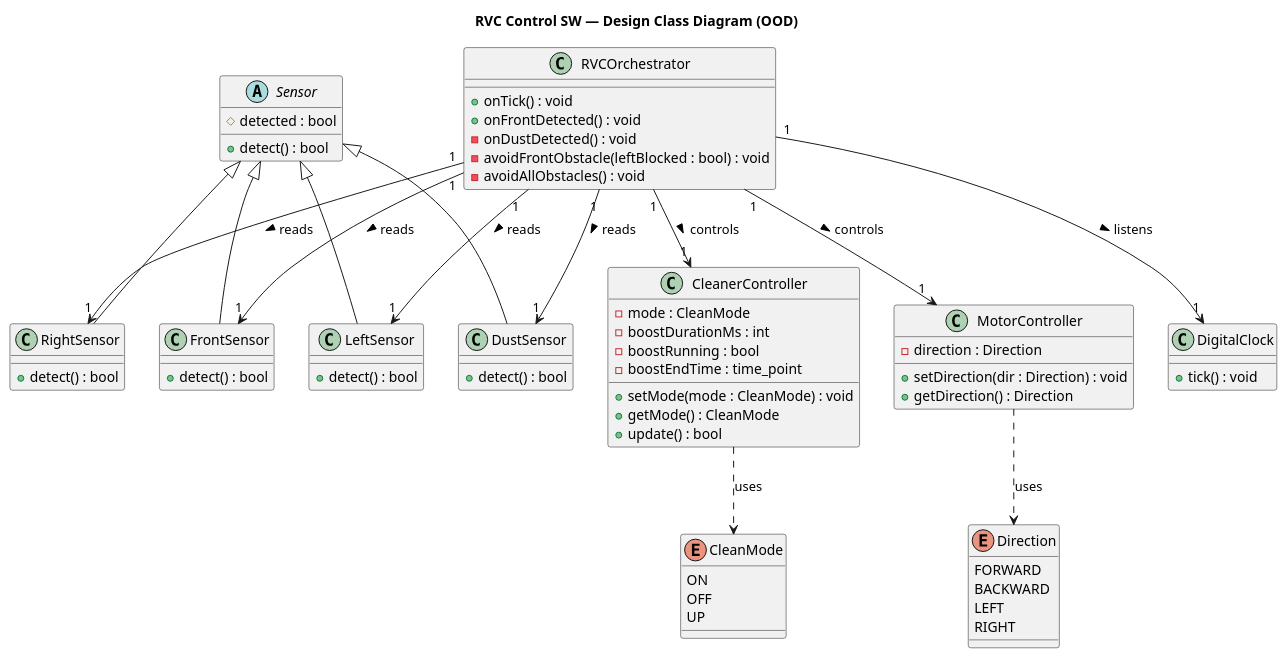
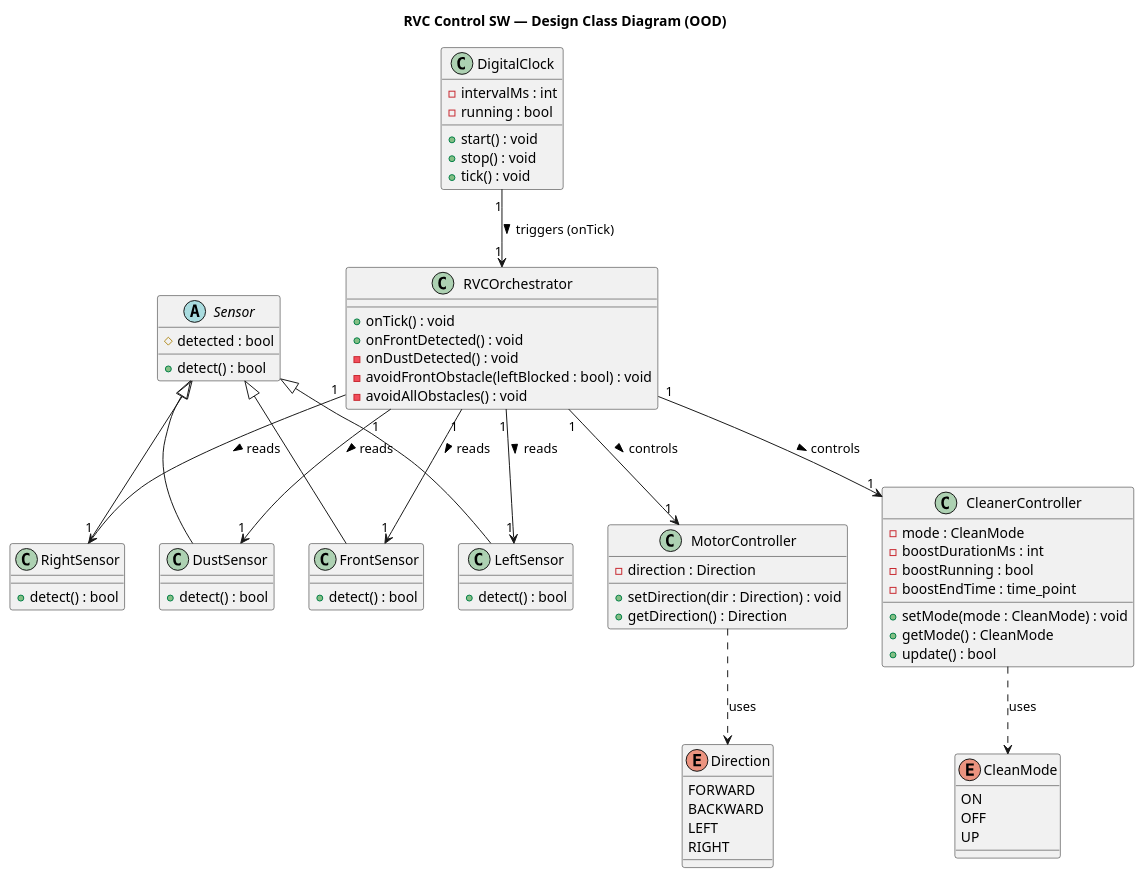
One commit to OOP-konkuk/CICD-Team7 changed the diagram in docs/vibe-coding/03-ood/class-diagram.mdx. Above: the diagram before and after it, drawn with PlantUML. The commit also changed other lines of this file and 8 other files, not shown here.

First line of the commit message:
fix(ood/ooi): Add DigitalClock impl, fix Domain Model/Class Diagram, update SD-4 alt/loop

```diff
--- a/docs/vibe-coding/03-ood/class-diagram.mdx
+++ b/docs/vibe-coding/03-ood/class-diagram.mdx
@@ -62,6 +62,10 @@
 }
 
 class DigitalClock {
+  - intervalMs : int
+  - running : bool
+  + start() : void
+  + stop() : void
   + tick() : void
 }
 
@@ -94,11 +98,11 @@
 Sensor <|-- RightSensor
 Sensor <|-- DustSensor
 
+DigitalClock "1" --> "1" RVCOrchestrator     : triggers (onTick) >
 RVCOrchestrator "1" --> "1" FrontSensor        : reads >
 RVCOrchestrator "1" --> "1" LeftSensor         : reads >
 RVCOrchestrator "1" --> "1" RightSensor        : reads >
 RVCOrchestrator "1" --> "1" DustSensor         : reads >
-RVCOrchestrator "1" --> "1" DigitalClock       : listens >
 RVCOrchestrator "1" --> "1" MotorController    : controls >
 RVCOrchestrator "1" --> "1" CleanerController  : controls >
 
```
